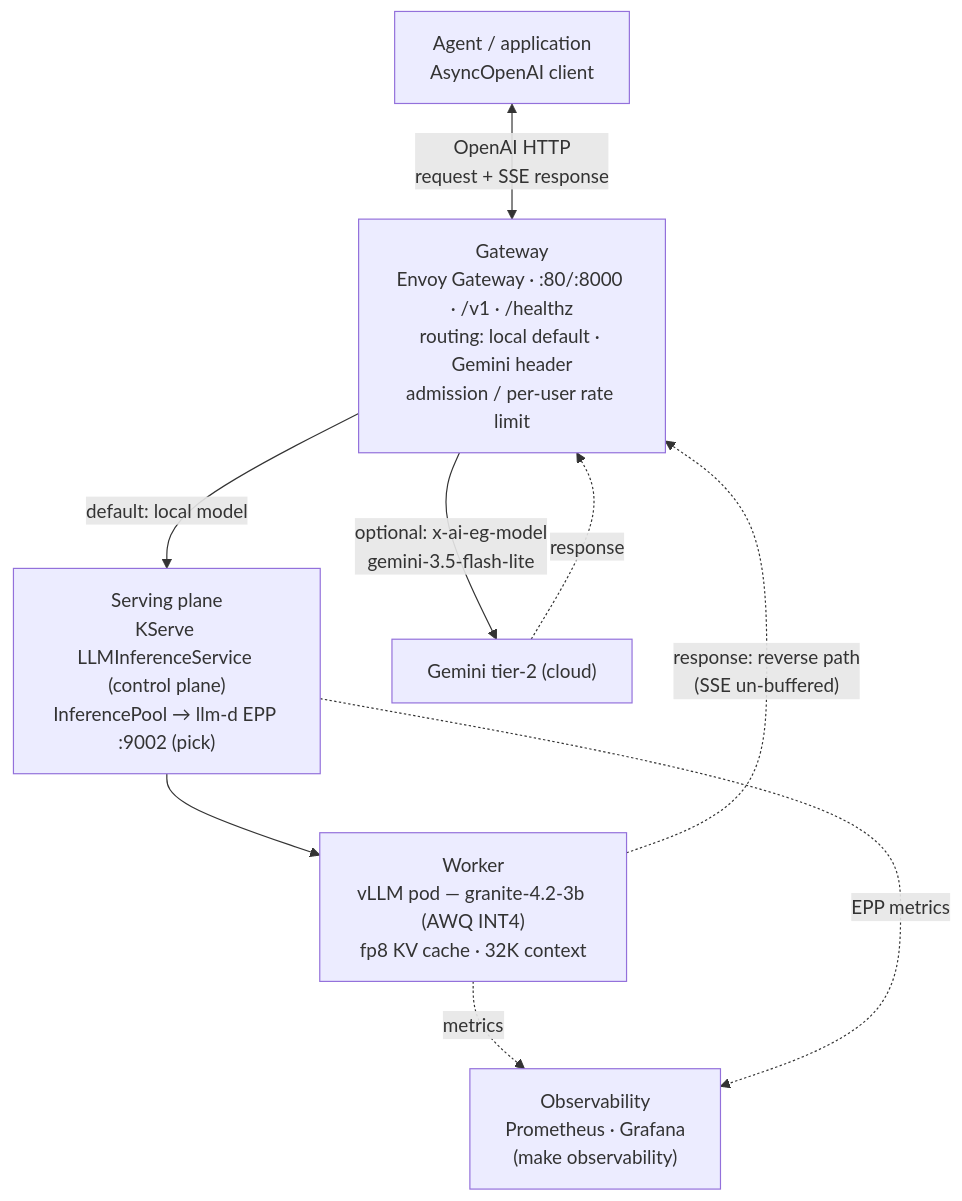
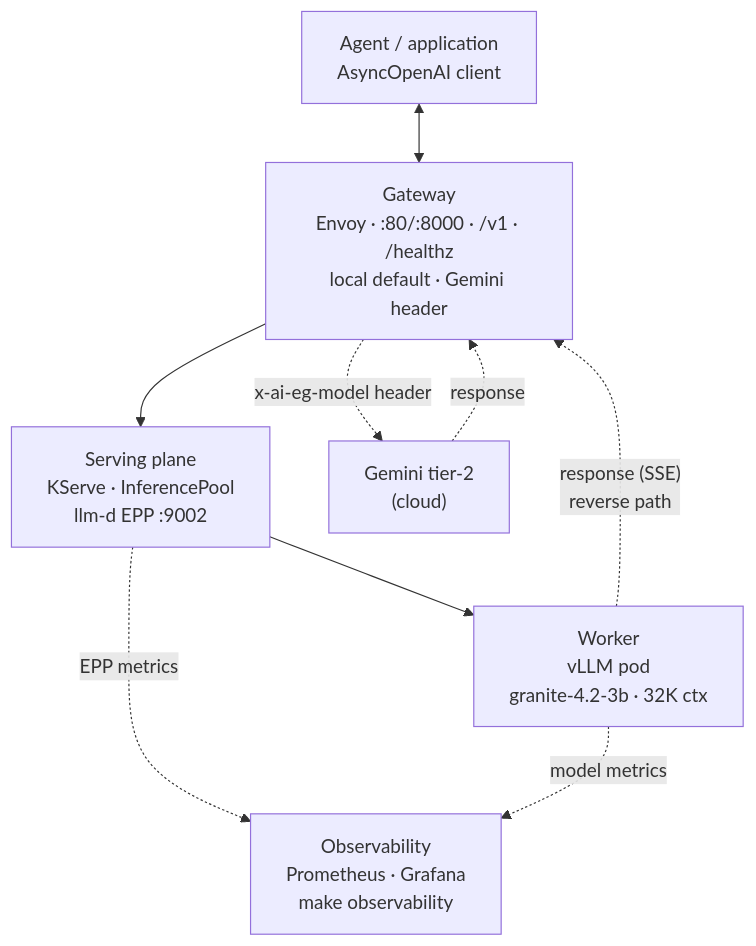
Before and after one commit to aymanaboghonim/nanoserve-llm: the diagram in README.md, drawn with Mermaid.

Commit message:
docs(readme): architecture diagram — left-align observability, tidy node labels
Move Observability to the left column (declared early) so the EPP/model
metric edges enter from the left and no longer cross the right-side
Gemini/response lines; shorten+balance per-node label lines for a
centered, scannable layout.

````diff
--- a/README.md
+++ b/README.md
@@ -34,21 +34,22 @@
 ```mermaid
 flowchart TB
     A["Agent / application<br/>AsyncOpenAI client"]
+    GW["Gateway<br/>Envoy · :80/:8000 · /v1 · /healthz<br/>local default · Gemini header"]
 
-    GW["Gateway<br/>Envoy Gateway · :80/:8000 · /v1 · /healthz<br/>routing: local default · Gemini header<br/>admission / per-user rate limit"]
-    SERVING["Serving plane<br/>KServe LLMInferenceService (control plane)<br/>InferencePool → llm-d EPP :9002 (pick)"]
-    WORKER["Worker<br/>vLLM pod — granite-4.2-3b (AWQ INT4)<br/>fp8 KV cache · 32K context"]
-    OBS["Observability<br/>Prometheus · Grafana<br/>(make observability)"]
-    GM["Gemini tier-2 (cloud)"]
+    OBS["Observability<br/>Prometheus · Grafana<br/>make observability"]
 
-    A -- "OpenAI HTTP<br/>request + SSE response" <--> GW
+    SERVING["Serving plane<br/>KServe · InferencePool<br/>llm-d EPP :9002"]
+    WORKER["Worker<br/>vLLM pod<br/>granite-4.2-3b · 32K ctx"]
+    GM["Gemini tier-2<br/>(cloud)"]
 
-    GW -- "default: local model" --> SERVING --> WORKER
-    GW -- "optional: x-ai-eg-model<br/>gemini-3.5-flash-lite" --> GM
+    A <--> GW
 
-    WORKER -. "response: reverse path<br/>(SSE un-buffered)" .-> GW
+    GW --> SERVING --> WORKER
+    GW -. "x-ai-eg-model header" .-> GM
+
+    WORKER -. "response (SSE)<br/>reverse path" .-> GW
     GM -. "response" .-> GW
 
-    WORKER -. "metrics" .-> OBS
     SERVING -. "EPP metrics" .-> OBS
+    WORKER -. "model metrics" .-> OBS
 ```
````
